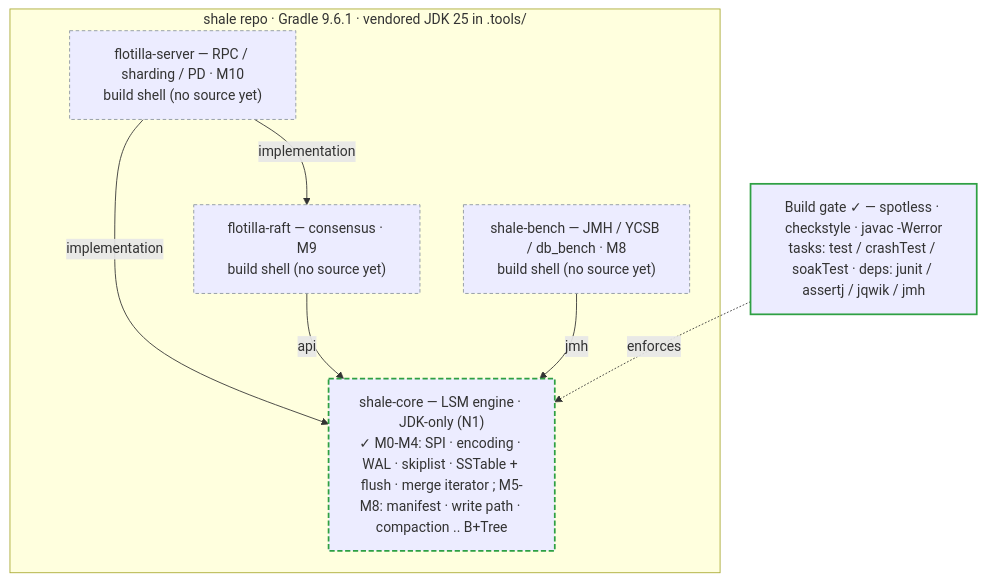
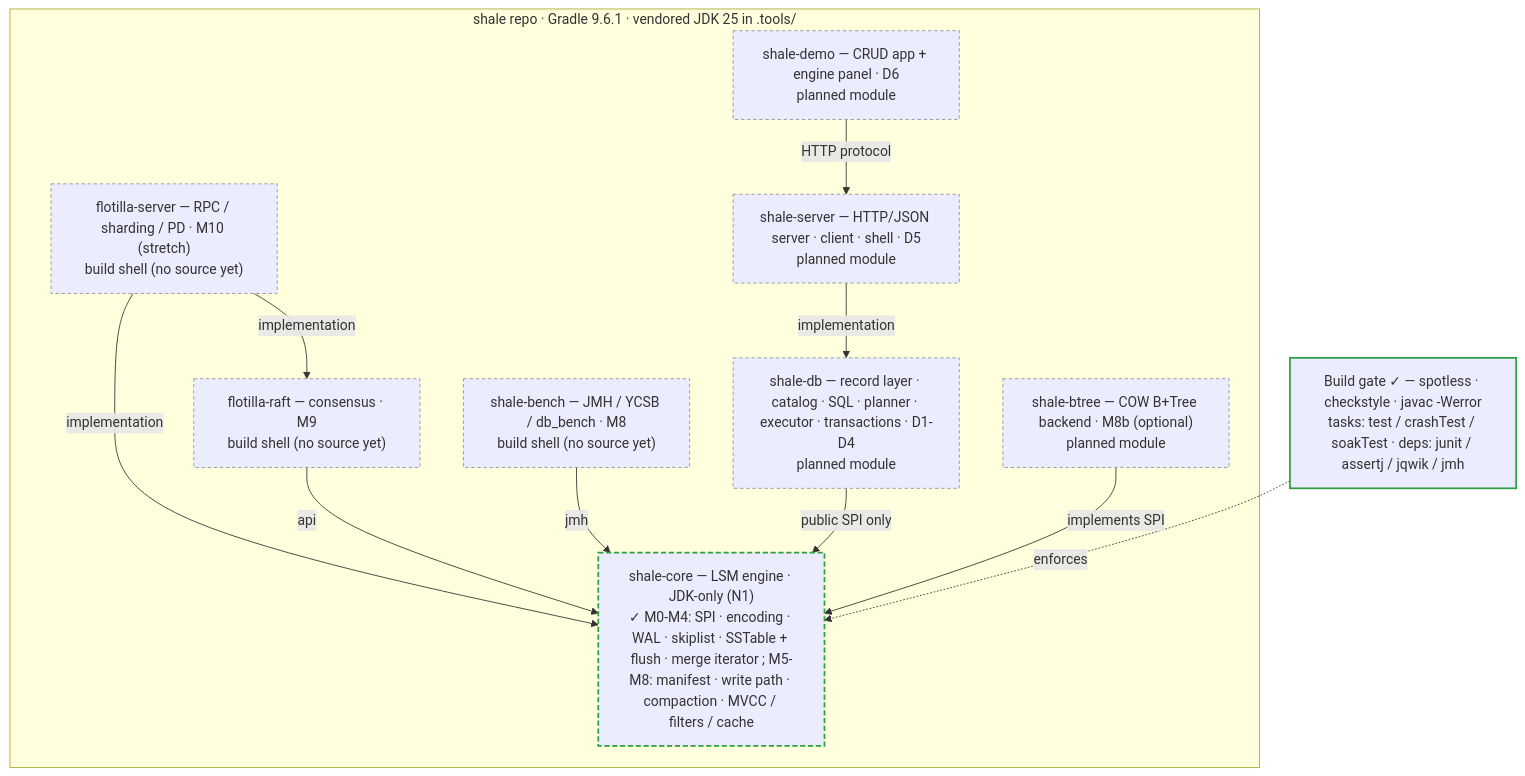
The first of 5 diagrams in documentation/architecture/project-scope.md (rahul-j0shi/shale), drawn with Mermaid before and after one commit. The commit also changed other lines of this file and 2 other files, not shown here.

First line of the commit message:
docs(docs): point the README, doc map and scope diagrams at the plan

````diff
--- a/documentation/architecture/project-scope.md
+++ b/documentation/architecture/project-scope.md
@@ -16,19 +17,27 @@
 ```mermaid
 flowchart TB
   subgraph repo["shale repo · Gradle 9.6.1 · vendored JDK 25 in .tools/"]
-    core["shale-core — LSM engine · JDK-only (N1)<br/>✓ M0-M4: SPI · encoding · WAL · skiplist · SSTable + flush · merge iterator ; M5-M8: manifest · write path · compaction .. B+Tree"]:::part
+    core["shale-core — LSM engine · JDK-only (N1)<br/>✓ M0-M4: SPI · encoding · WAL · skiplist · SSTable + flush · merge iterator ; M5-M8: manifest · write path · compaction · MVCC / filters / cache"]:::part
     bench["shale-bench — JMH / YCSB / db_bench · M8<br/>build shell (no source yet)"]:::plan
     raft["flotilla-raft — consensus · M9<br/>build shell (no source yet)"]:::plan
-    server["flotilla-server — RPC / sharding / PD · M10<br/>build shell (no source yet)"]:::plan
+    server["flotilla-server — RPC / sharding / PD · M10 (stretch)<br/>build shell (no source yet)"]:::plan
+    sdb["shale-db — record layer · catalog · SQL · planner · executor · transactions · D1-D4<br/>planned module"]:::plan
+    ssrv["shale-server — HTTP/JSON server · client · shell · D5<br/>planned module"]:::plan
+    sdemo["shale-demo — CRUD app + engine panel · D6<br/>planned module"]:::plan
+    sbt["shale-btree — COW B+Tree backend · M8b (optional)<br/>planned module"]:::plan
   end
   server -->|implementation| raft
   server -->|implementation| core
   raft -->|api| core
   bench -->|jmh| core
+  sdb -->|public SPI only| core
+  ssrv -->|implementation| sdb
+  sdemo -->|HTTP protocol| ssrv
+  sbt -->|implements SPI| core
   gate["Build gate ✓ — spotless · checkstyle · javac -Werror<br/>tasks: test / crashTest / soakTest · deps: junit / assertj / jqwik / jmh"]:::done
   gate -. enforces .-> core
 
   classDef done stroke:#2ea043,stroke-width:2px;
   classDef part stroke:#2ea043,stroke-width:2px,stroke-dasharray:6 3;
   classDef plan stroke:#8b949e,stroke-width:1px,stroke-dasharray:4 3;
 ```
````
